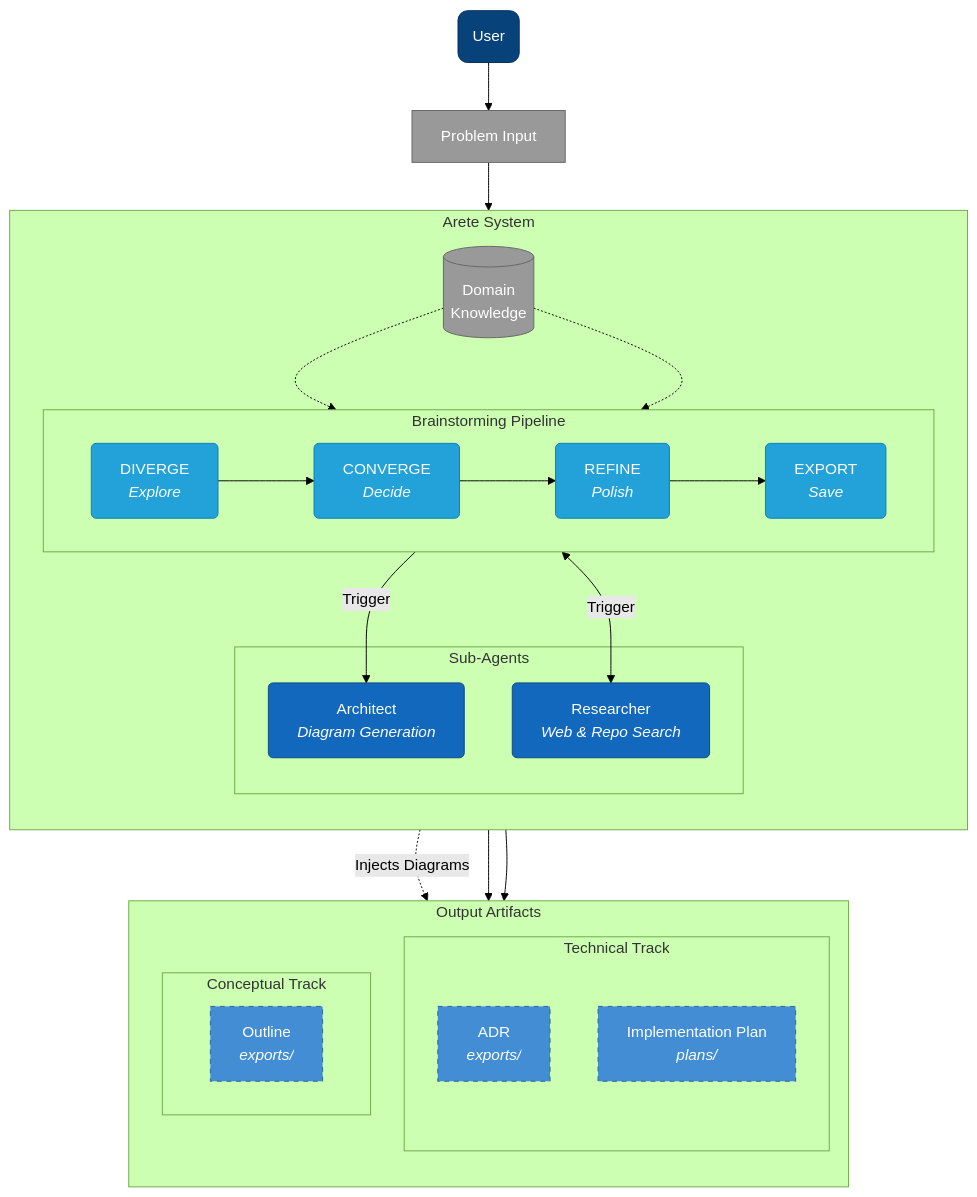
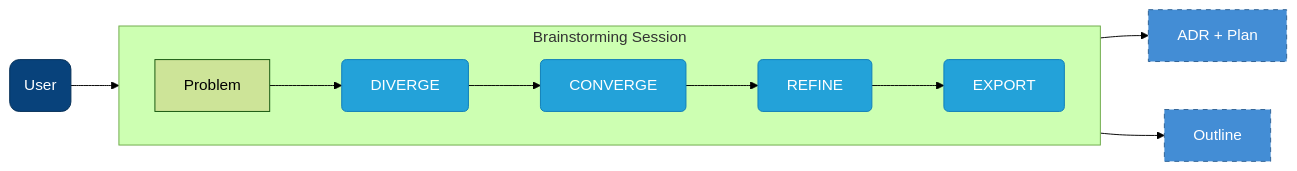
One commit to jesgarram/arete changed the first of 3 diagrams in README.md. Above: the diagram before and after it, drawn with Mermaid (forest theme). The commit also changed other lines of this file, not shown here.

Commit message:
docs: restructure README for better clarity and usability
- Add Table of Contents
- Add clearer definition and phase explanations
- Improve Getting Started with prerequisites and usage example
- Move System Architecture to end of doc
- Clarify domain contribution workflow

````diff
--- a/README.md
+++ b/README.md
@@ -28,61 +41,20 @@
 ```mermaid
-flowchart TB
-    %% Styles - C4-ish Palette
+flowchart LR
+    %% Simple Palette
     classDef person fill:#08427b,stroke:#052e56,color:white,rx:10,ry:10;
-    classDef process fill:#23a2d9,stroke:#0e7db8,color:white,rx:5,ry:5;
-    classDef agent fill:#1168bd,stroke:#0b4884,color:white,rx:5,ry:5;
-    classDef data fill:#999999,stroke:#666666,color:white,rx:0,ry:0;
+    classDef phase fill:#23a2d9,stroke:#0e7db8,color:white,rx:5,ry:5;
     classDef artifact fill:#438dd5,stroke:#2e6295,color:white,rx:0,ry:0,stroke-dasharray: 5 5;
 
-    %% Nodes
-    User(User):::person
-    Problem[Problem Input]:::data
-
-    subgraph Arete["Arete System"]
-        direction TB
-        
-        subgraph Agents["Sub-Agents"]
-            ResAgent[Researcher<br/><i>Web & Repo Search</i>]:::agent
-            ArchAgent[Architect<br/><i>Diagram Generation</i>]:::agent
-        end
-
-        subgraph Phases["Brainstorming Pipeline"]
-            direction LR
-            Diverge[DIVERGE<br/><i>Explore</i>]:::process
-            Converge[CONVERGE<br/><i>Decide</i>]:::process
-            Refine[REFINE<br/><i>Polish</i>]:::process
-            Export[EXPORT<br/><i>Save</i>]:::process
-            
-            Diverge --> Converge --> Refine --> Export
-        end
-        
-        Domains[(Domain<br/>Knowledge)]:::data
+    User(User):::person --> Input[Problem]
+    
+    subgraph Process["Brainstorming Session"]
+        direction LR
+        Input --> Diverge[DIVERGE]:::phase
+        Diverge --> Converge[CONVERGE]:::phase
+        Converge --> Refine[REFINE]:::phase
+        Refine --> Export[EXPORT]:::phase
     end
 
-    subgraph Artifacts["Output Artifacts"]
-        direction TB
-        subgraph Tech["Technical Track"]
-            ADR[ADR<br/><i>exports/</i>]:::artifact
-            Plan[Implementation Plan<br/><i>plans/</i>]:::artifact
-        end
-        subgraph Conc["Conceptual Track"]
-            Outline[Outline<br/><i>exports/</i>]:::artifact
-        end
-    end
-
-    %% Connections
-    User --> Problem --> Diverge
-    
-    %% Knowledge injection
-    Domains -.-> Diverge
-    Domains -.-> Refine
-
-    %% Agent Interactions
-    Phases <-->|Trigger| ResAgent
-    Export -->|Trigger| ArchAgent
-    ArchAgent -.->|Injects Diagrams| ADR
-
-    %% Export Logic
-    Export --> Tech
-    Export --> Conc
+    Export --> Tech[ADR + Plan]:::artifact
+    Export --> Conc[Outline]:::artifact
 ```
````
